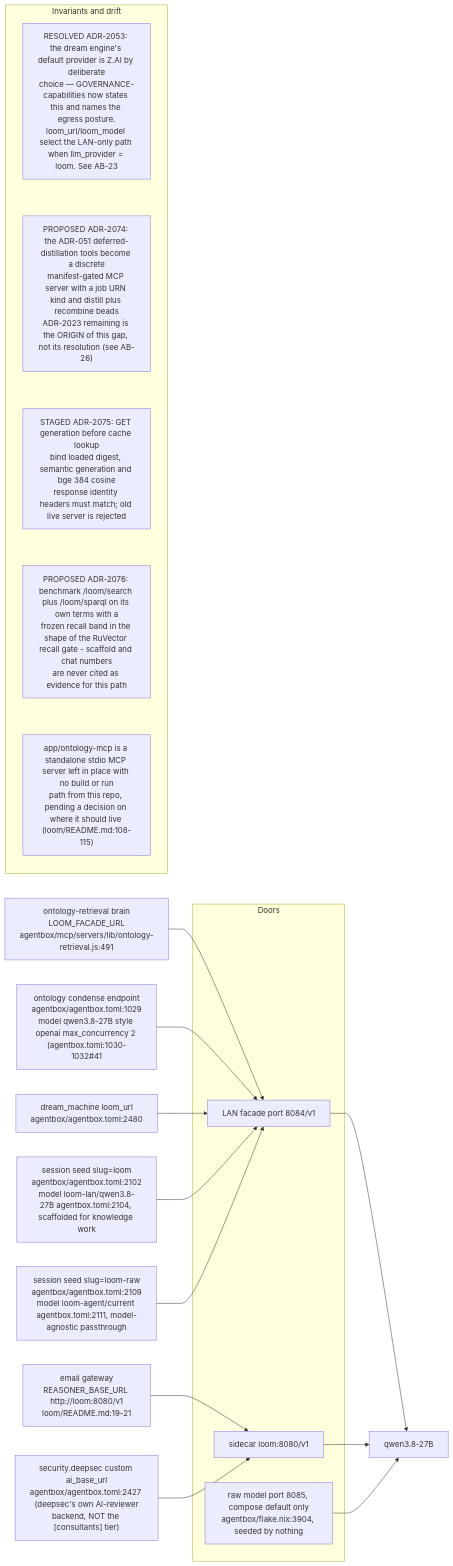
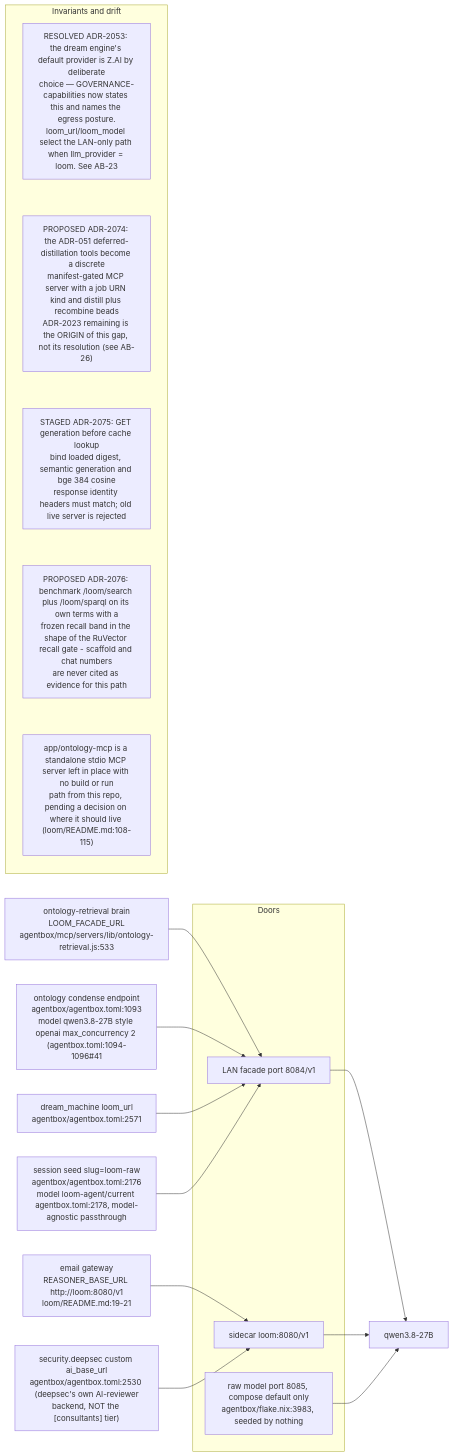
One commit to DreamLab-AI/VisionFlow changed the eighth of 14 diagrams in docs/diagrams/agentbox/24-loom-facade.md. Above: the diagram before and after it, drawn with Mermaid. The commit also changed other lines of this file and 160 other files, not shown here.

````diff
--- a/docs/diagrams/agentbox/24-loom-facade.md
+++ b/docs/diagrams/agentbox/24-loom-facade.md
@@ -315,27 +334,26 @@
 ```mermaid
 flowchart LR
     subgraph doors["Doors"]
         D84["LAN facade port 8084/v1"]
         D80["sidecar loom:8080/v1"]
-        D85["raw model port 8085, compose default only<br/>agentbox/flake.nix:3904, seeded by nothing"]
+        D85["raw model port 8085, compose default only<br/>agentbox/flake.nix:3983, seeded by nothing"]
     end
-    RET["ontology-retrieval brain<br/>LOOM_FACADE_URL<br/>agentbox/mcp/servers/lib/ontology-retrieval.js:491"] --> D84
-    COND["ontology condense endpoint<br/>agentbox/agentbox.toml:1029<br/>model qwen3.8-27B style openai max_concurrency 2 #40;agentbox.toml:1030-1032#41;"] --> D84
-    DREAM["dream_machine loom_url<br/>agentbox/agentbox.toml:2480"] --> D84
-    SEEDL["session seed slug=loom<br/>agentbox/agentbox.toml:2102<br/>model loom-lan/qwen3.8-27B agentbox.toml:2104, scaffolded for knowledge work"] --> D84
-    SEEDR["session seed slug=loom-raw<br/>agentbox/agentbox.toml:2109<br/>model loom-agent/current agentbox.toml:2111, model-agnostic passthrough"] --> D84
+    RET["ontology-retrieval brain<br/>LOOM_FACADE_URL<br/>agentbox/mcp/servers/lib/ontology-retrieval.js:533"] --> D84
+    COND["ontology condense endpoint<br/>agentbox/agentbox.toml:1093<br/>model qwen3.8-27B style openai max_concurrency 2 #40;agentbox.toml:1094-1096#41;"] --> D84
+    DREAM["dream_machine loom_url<br/>agentbox/agentbox.toml:2571"] --> D84
+    SEEDR["session seed slug=loom-raw<br/>agentbox/agentbox.toml:2176<br/>model loom-agent/current agentbox.toml:2178, model-agnostic passthrough"] --> D84
     EMAIL["email gateway<br/>REASONER_BASE_URL http://loom:8080/v1<br/>loom/README.md:19-21"] --> D80
-    CUST["security.deepsec custom ai_base_url<br/>agentbox/agentbox.toml:2427 #40;deepsec#39;s own AI-reviewer<br/>backend, NOT the #91;consultants#93; tier#41;"] --> D80
+    CUST["security.deepsec custom ai_base_url<br/>agentbox/agentbox.toml:2530 #40;deepsec#39;s own AI-reviewer<br/>backend, NOT the #91;consultants#93; tier#41;"] --> D80
     D84 --> M["qwen3.8-27B"]
     D80 --> M
     D85 --> M
     subgraph notes["Invariants and drift"]
         direction TB
         N1["RESOLVED ADR-2053: the dream engine's default provider is Z.AI by deliberate<br/>choice — GOVERNANCE-capabilities now states this and names the egress posture.<br/>loom_url/loom_model select the LAN-only path when llm_provider = loom. See AB-23"]
         N2["PROPOSED ADR-2074: the ADR-051 deferred-distillation tools become a discrete<br/>manifest-gated MCP server with a job URN kind and distill plus recombine beads<br/>ADR-2023 remaining is the ORIGIN of this gap, not its resolution (see AB-26)"]
         N3["STAGED ADR-2075: GET generation before cache lookup<br/>bind loaded digest, semantic generation and bge 384 cosine<br/>response identity headers must match; old live server is rejected"]
         N4["PROPOSED ADR-2076: benchmark /loom/search plus /loom/sparql on its own terms with a<br/>frozen recall band in the shape of the RuVector recall gate - scaffold and chat numbers<br/>are never cited as evidence for this path"]
         N5["app/ontology-mcp is a standalone stdio MCP server left in place with no build or run<br/>path from this repo, pending a decision on where it should live (loom/README.md:108-115)"]
         N1 ~~~ N2 ~~~ N3 ~~~ N4 ~~~ N5
     end
 ```
````
